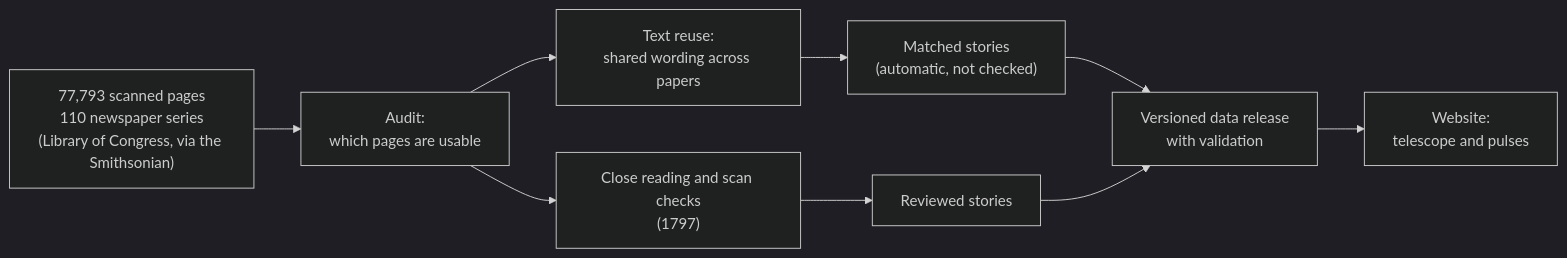
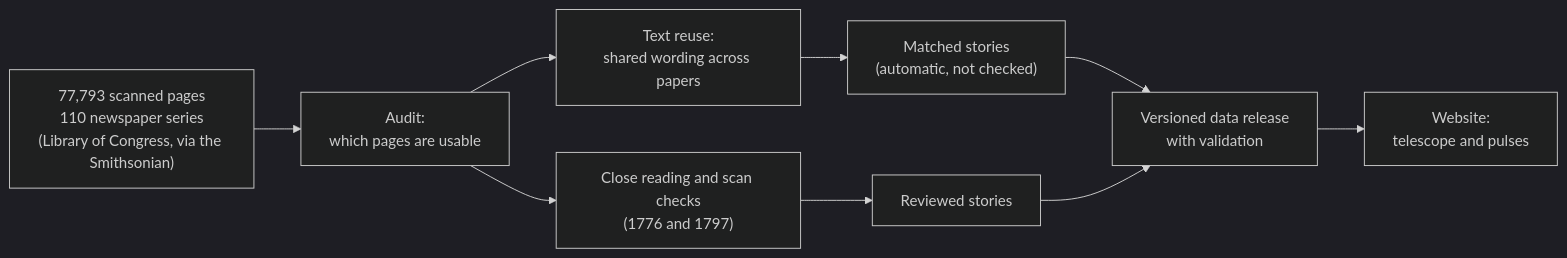
One commit to Major-Studio-1/Project-02-newspaper-night-sky changed the diagram in README.md. Above: the diagram before and after it, drawn with Mermaid (dark theme). The commit also changed other lines of this file and 299 other files, not shown here.

````diff
--- a/README.md
+++ b/README.md
@@ -37,10 +37,10 @@
 ```mermaid
 flowchart LR
   A["77,793 scanned pages<br/>110 newspaper series<br/>(Library of Congress, via the Smithsonian)"] --> B["Audit:<br/>which pages are usable"]
   B --> C["Text reuse:<br/>shared wording across papers"]
   C --> D["Matched stories<br/>(automatic, not checked)"]
-  B --> E["Close reading and scan checks<br/>(1797)"]
+  B --> E["Close reading and scan checks<br/>(1776 and 1797)"]
   E --> F["Reviewed stories"]
   D & F --> G["Versioned data release<br/>with validation"]
   G --> H["Website:<br/>telescope and pulses"]
 ```
````
